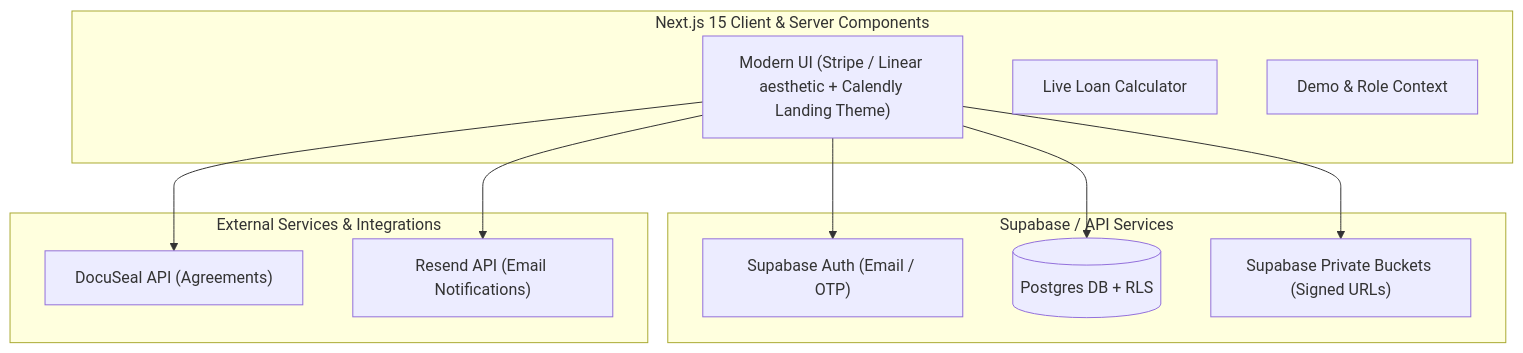
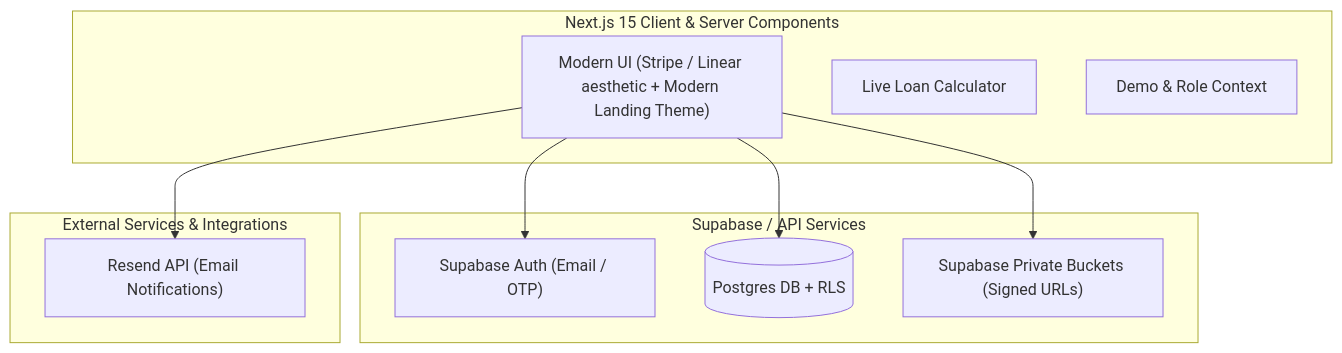
Before and after one commit to arjunrd07/Sahayamm: the diagram in implementation_plan.md, drawn with Mermaid. The commit also changed other lines of this file and 88 other files, not shown here.

Commit message:
feat: implement core database schema, authentication, RBAC, and loan management features

````diff
--- a/implementation_plan.md
+++ b/implementation_plan.md
@@ -7,25 +7,23 @@
 ```mermaid
 flowchart TD
     subgraph Frontend["Next.js 15 Client & Server Components"]
-        UI["Modern UI (Stripe / Linear aesthetic + Calendly Landing Theme)"]
+        UI["Modern UI (Stripe / Linear aesthetic + Modern Landing Theme)"]
         Calc["Live Loan Calculator"]
         RoleSwitch["Demo & Role Context"]
     end
 
     subgraph Backend["Supabase / API Services"]
         Auth["Supabase Auth (Email / OTP)"]
         DB[(Postgres DB + RLS)]
         Storage["Supabase Private Buckets (Signed URLs)"]
     end
 
     subgraph External["External Services & Integrations"]
-        DocuSeal["DocuSeal API (Agreements)"]
         Resend["Resend API (Email Notifications)"]
     end
 
     UI --> Auth
     UI --> DB
     UI --> Storage
-    UI --> DocuSeal
     UI --> Resend
 ```
````
